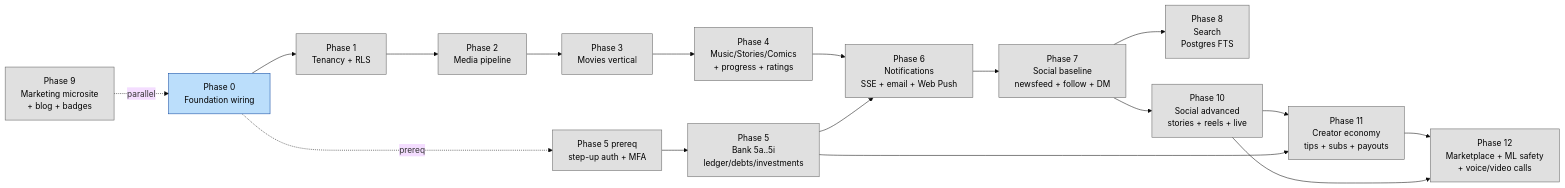
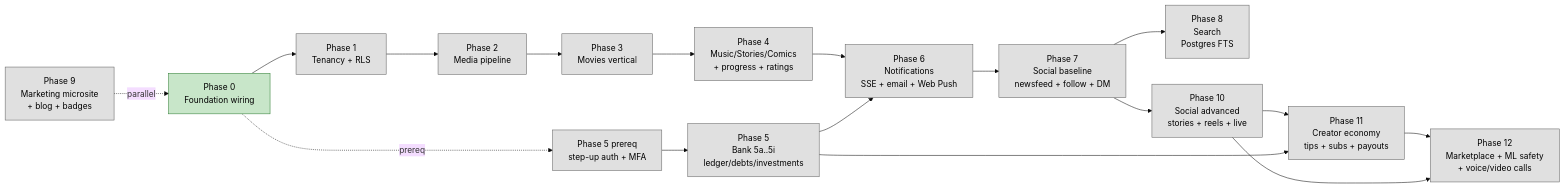
Before and after one commit to jackone2991/portal: the seventh of 7 diagrams in doc/en/diagrams.md, drawn with Mermaid (base theme). The commit also changed other lines of this file and 50 other files, not shown here.

````diff
--- a/doc/en/diagrams.md
+++ b/doc/en/diagrams.md
@@ -486,38 +501,38 @@
 ```mermaid
 graph LR
     classDef done fill:#c8e6c9,stroke:#2e7d32,color:#000
     classDef next fill:#bbdefb,stroke:#0d47a1,color:#000
     classDef later fill:#e0e0e0,stroke:#616161,color:#000
 
-    P0[Phase 0<br/>Foundation wiring]:::next
+    P0[Phase 0<br/>Foundation wiring]:::done
     P1[Phase 1<br/>Tenancy + RLS]:::later
     P2[Phase 2<br/>Media pipeline]:::later
     P3[Phase 3<br/>Movies vertical]:::later
     P4[Phase 4<br/>Music/Stories/Comics<br/>+ progress + ratings]:::later
     P5pre[Phase 5 prereq<br/>step-up auth + MFA]:::later
     P5[Phase 5<br/>Bank 5a..5i<br/>ledger/debts/investments]:::later
     P6[Phase 6<br/>Notifications<br/>SSE + email + Web Push]:::later
     P7[Phase 7<br/>Social baseline<br/>newsfeed + follow + DM]:::later
     P8[Phase 8<br/>Search<br/>Postgres FTS]:::later
     P9[Phase 9<br/>Marketing microsite<br/>+ blog + badges]:::later
     P10[Phase 10<br/>Social advanced<br/>stories + reels + live]:::later
     P11[Phase 11<br/>Creator economy<br/>tips + subs + payouts]:::later
     P12[Phase 12<br/>Marketplace + ML safety<br/>+ voice/video calls]:::later
 
     P0 --> P1
     P1 --> P2
     P2 --> P3
     P3 --> P4
     P0 -.prereq.-> P5pre
     P5pre --> P5
     P4 --> P6
     P5 --> P6
     P6 --> P7
     P7 --> P8
     P7 --> P10
     P9 -.parallel.-> P0
     P10 --> P11
     P5 --> P11
     P11 --> P12
     P10 --> P12
 ```
````
